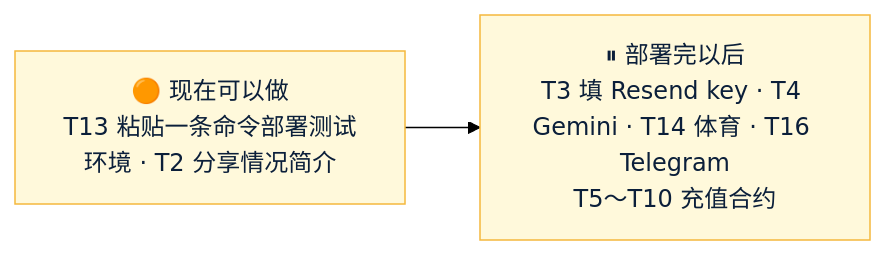
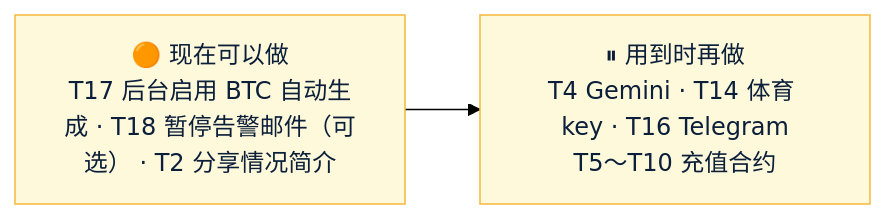
One commit to dollar3651314/forecast changed the diagram in Amos待办.md. Above: the diagram before and after it, drawn with Mermaid (forest theme). The commit also changed other lines of this file, not shown here.

````diff
--- a/Amos待办.md
+++ b/Amos待办.md
@@ -10,6 +10,6 @@
 ```mermaid
 flowchart LR
-    T["🟠 现在可以做<br/>T13 粘贴一条命令部署测试环境 · T2 分享情况简介"] --> D["⏸ 部署完以后<br/>T3 填 Resend key · T4 Gemini · T14 体育 · T16 Telegram<br/>T5～T10 充值合约"]
+    T["🟠 现在可以做<br/>T17 后台启用 BTC 自动生成 · T18 暂停告警邮件（可选） · T2 分享情况简介"] --> D["⏸ 用到时再做<br/>T4 Gemini · T14 体育 key · T16 Telegram<br/>T5～T10 充值合约"]
     classDef amos fill:#FFF9DB,stroke:#F5B83D,color:#0B1F3A
     class T,D amos
 ```
````
